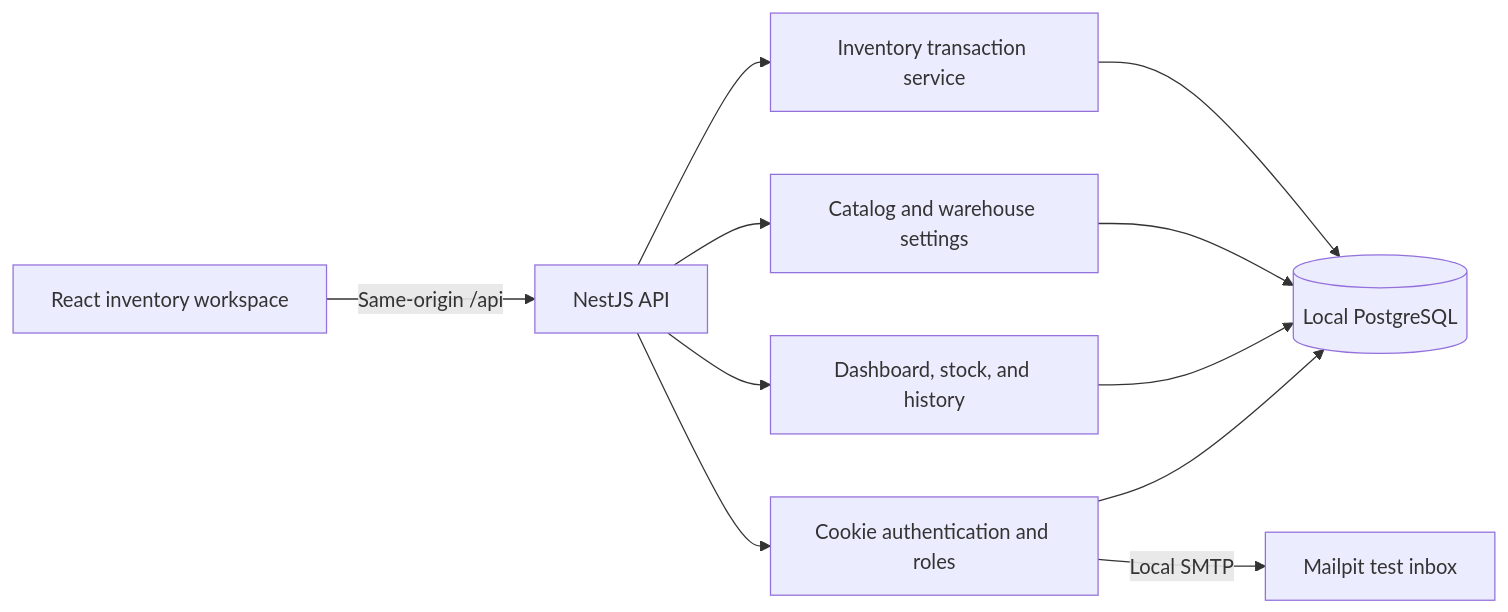
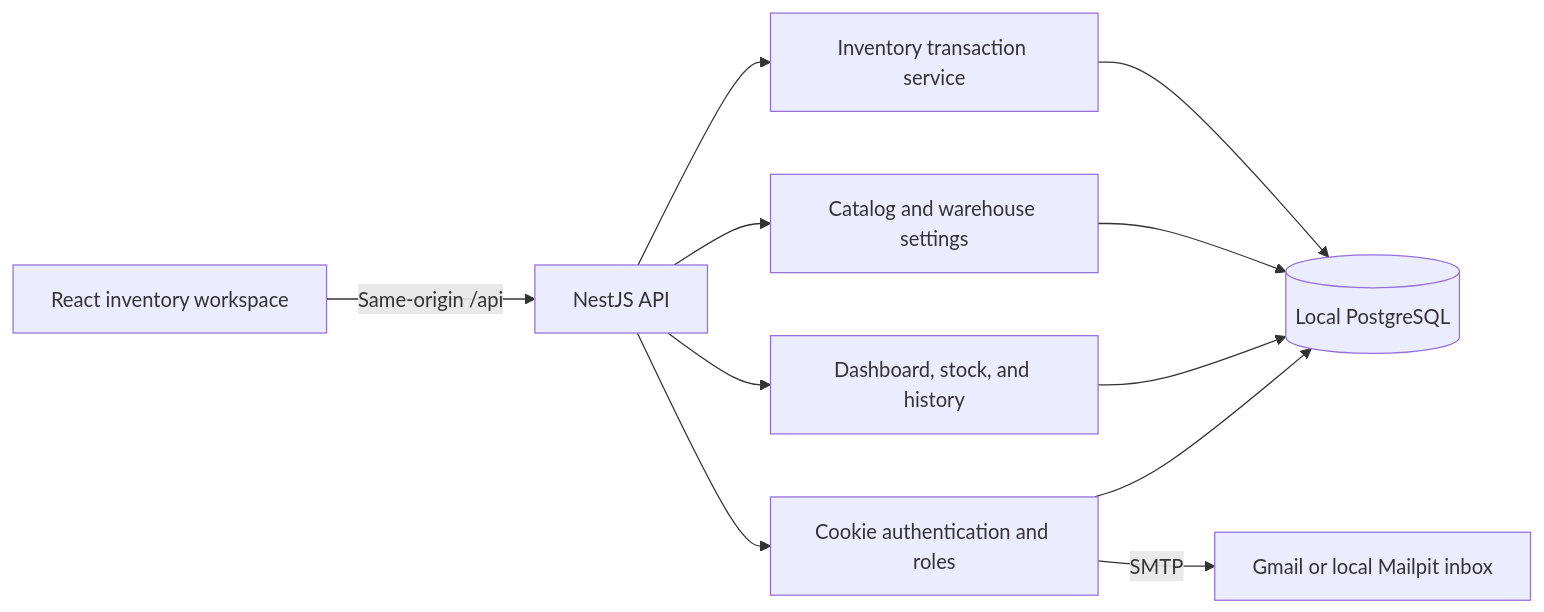
The first of 2 diagrams in docs/architecture.md (Don-Gabriel/stocksense-volentedynamics), drawn with Mermaid before and after one commit. The commit also changed other lines of this file and 41 other files, not shown here.

````diff
--- a/docs/architecture.md
+++ b/docs/architecture.md
@@ -3,13 +3,13 @@
 ```mermaid
 flowchart LR
     Browser[React inventory workspace] -->|Same-origin /api| API[NestJS API]
     API --> Auth[Cookie authentication and roles]
     API --> Catalog[Catalog and warehouse settings]
     API --> Inventory[Inventory transaction service]
     API --> Reports[Dashboard, stock, and history]
     Inventory --> DB[(Local PostgreSQL)]
     Catalog --> DB
     Reports --> DB
     Auth --> DB
-    Auth -->|Local SMTP| Mailpit[Mailpit test inbox]
+    Auth -->|SMTP| Email[Gmail or local Mailpit inbox]
 ```
````
